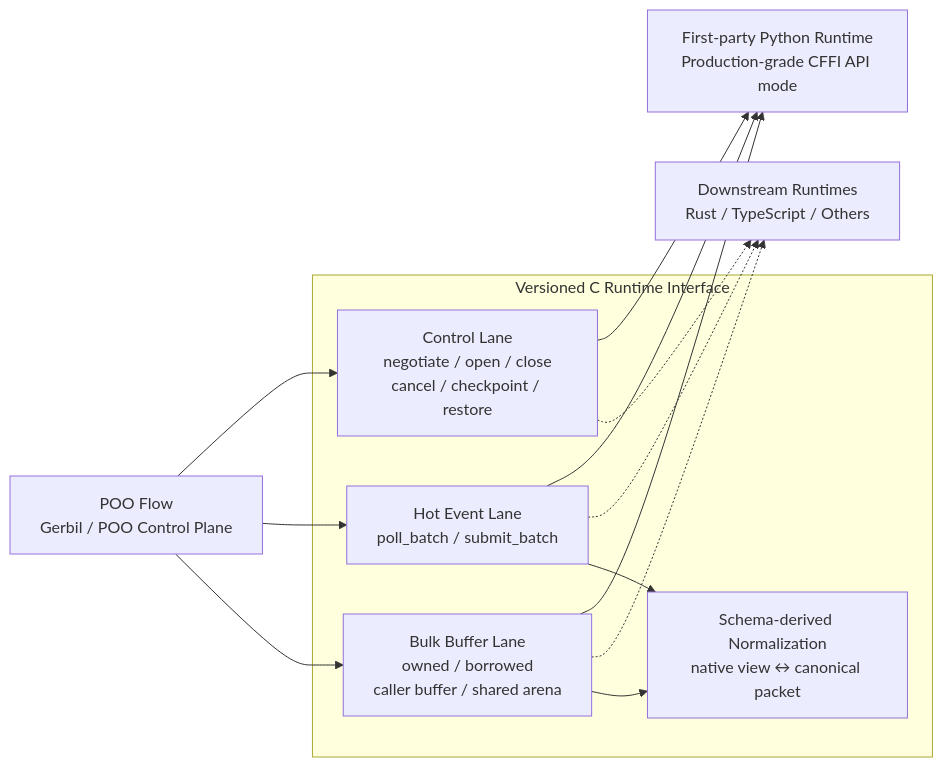
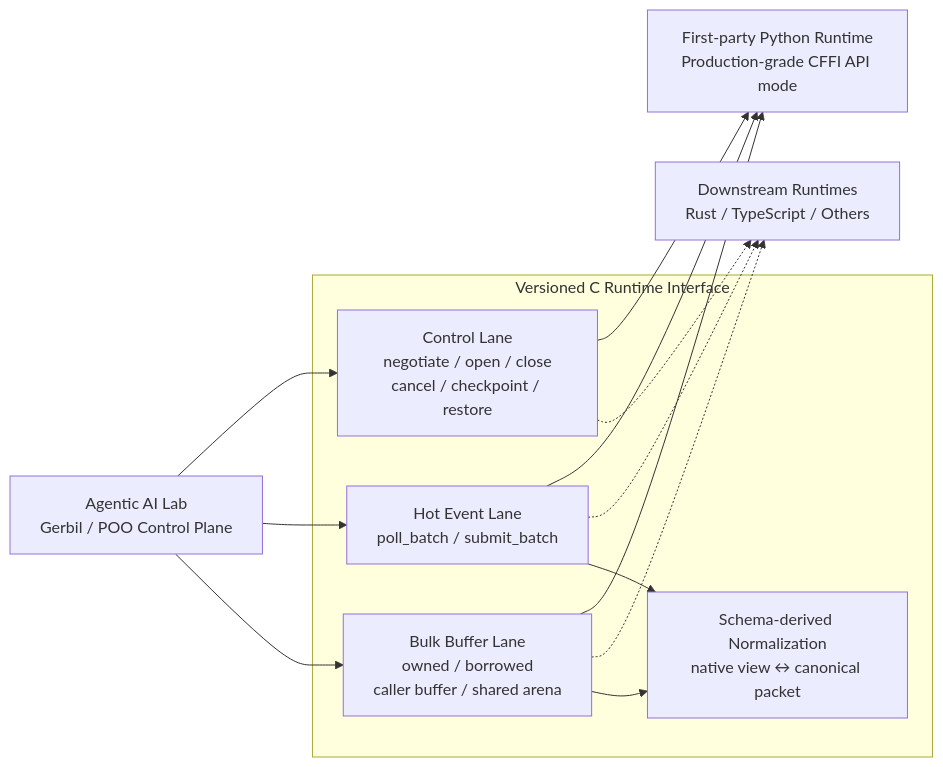
Before and after one commit to tao3k/gebril-yuanxu: the first of 2 diagrams in module-system/design/92-c-runtime-interface-and-python-validation-runtime-rfc.org, drawn with Mermaid. The commit also changed other lines of this file and 507 other files, not shown here.

```diff
--- a/module-system/design/92-c-runtime-interface-and-python-validation-runtime-rfc.org
+++ b/module-system/design/92-c-runtime-interface-and-python-validation-runtime-rfc.org
@@ -41,23 +41,23 @@
 #+begin_src mermaid
 flowchart LR
-    G["POO Flow<br/>Gerbil / POO Control Plane"]
+    G["Agentic AI Lab<br/>Gerbil / POO Control Plane"]
     subgraph ABI["Versioned C Runtime Interface"]
         C["Control Lane<br/>negotiate / open / close<br/>cancel / checkpoint / restore"]
         H["Hot Event Lane<br/>poll_batch / submit_batch"]
         B["Bulk Buffer Lane<br/>owned / borrowed<br/>caller buffer / shared arena"]
         N["Schema-derived Normalization<br/>native view ↔ canonical packet"]
     end
     P["First-party Python Runtime<br/>Production-grade CFFI API mode"]
     D["Downstream Runtimes<br/>Rust / TypeScript / Others"]
     G --> C
     G --> H
     G --> B
     C --> P
     H --> P
     B --> P
     C -.-> D
     H -.-> D
     B -.-> D
     H --> N
     B --> N
 #+end_src
```
